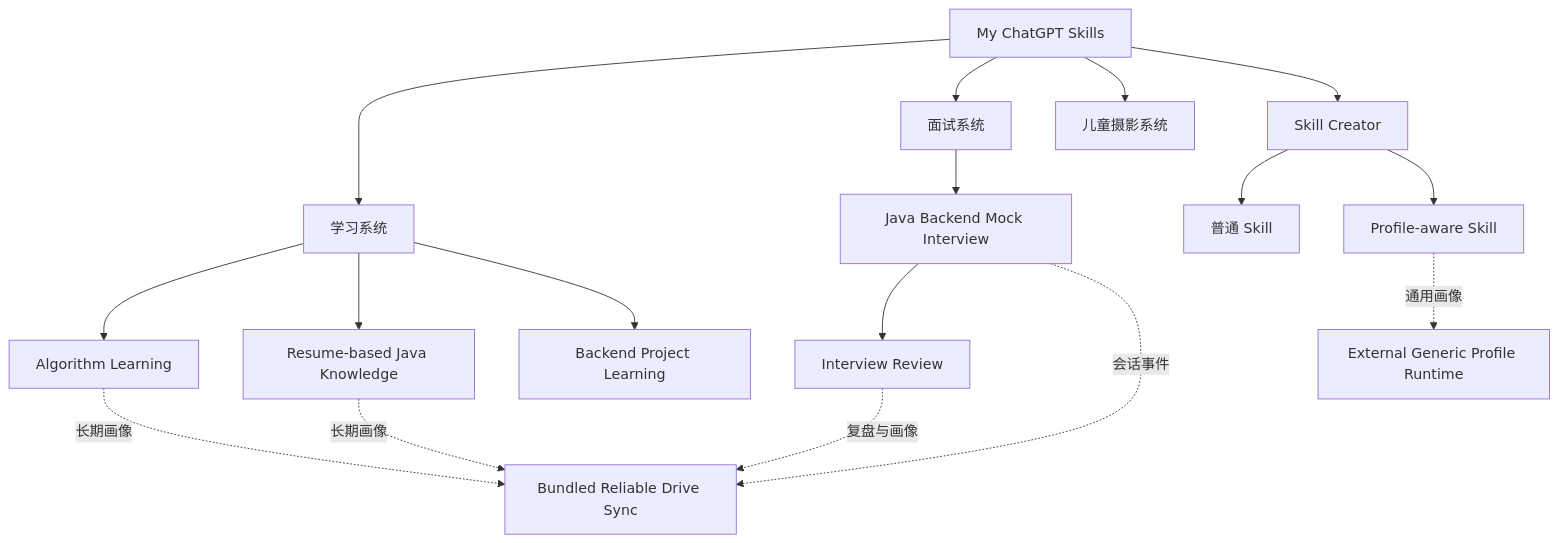
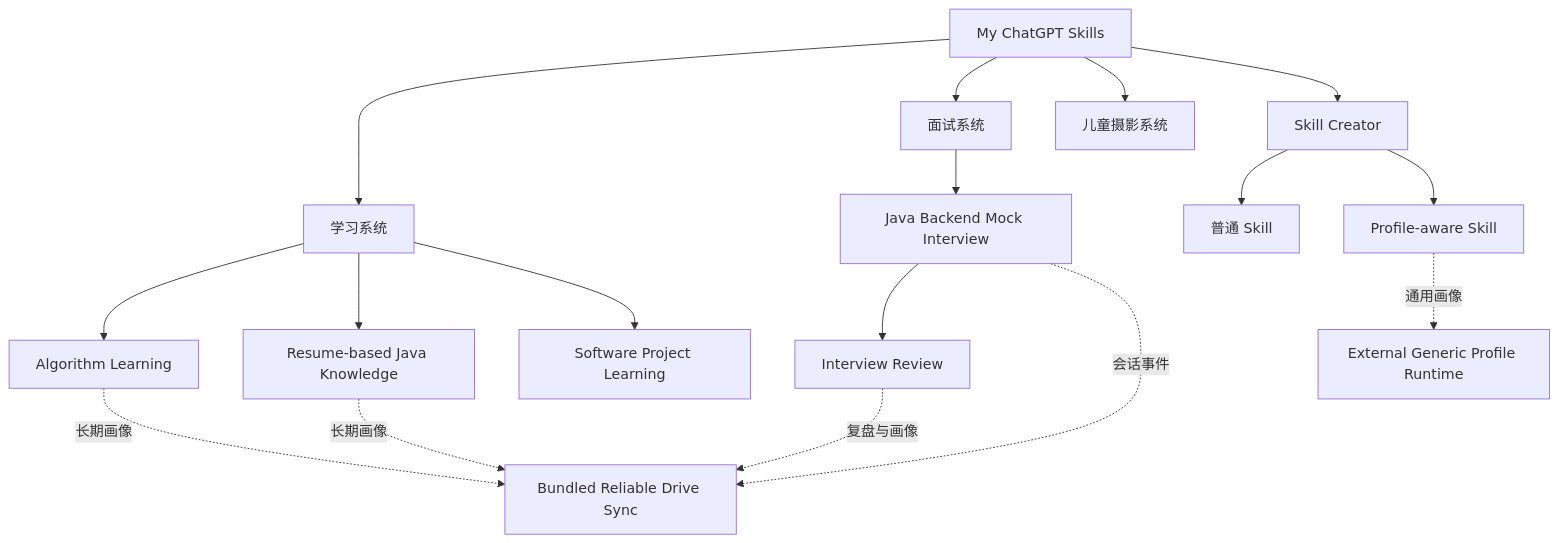
The first of 4 diagrams in README.md (gitgotcha/my-chatgpt-skills), drawn with Mermaid before and after one commit. The commit also changed other lines of this file and 18 other files, not shown here.

Commit message:
feat: unify software project learning modes

````diff
--- a/README.md
+++ b/README.md
@@ -37,26 +37,26 @@
 ```mermaid
 flowchart TB
 
     ROOT["My ChatGPT Skills"]
 
     ROOT --> LEARN["学习系统"]
     ROOT --> INTERVIEW["面试系统"]
     ROOT --> PHOTO["儿童摄影系统"]
     ROOT --> CREATOR["Skill Creator"]
 
     LEARN --> ALG["Algorithm Learning"]
     LEARN --> JAVA["Resume-based Java Knowledge"]
-    LEARN --> PROJECT["Backend Project Learning"]
+    LEARN --> PROJECT["Software Project Learning"]
 
     INTERVIEW --> MOCK["Java Backend Mock Interview"]
     MOCK --> REVIEW["Interview Review"]
 
     CREATOR --> PLAIN["普通 Skill"]
     CREATOR --> PROFILE["Profile-aware Skill"]
 
     ALG -.长期画像.-> SYNC["Bundled Reliable Drive Sync"]
     JAVA -.长期画像.-> SYNC
     MOCK -.会话事件.-> SYNC
     REVIEW -.复盘与画像.-> SYNC
     PROFILE -.通用画像.-> GENERIC["External Generic Profile Runtime"]
 ```
````
